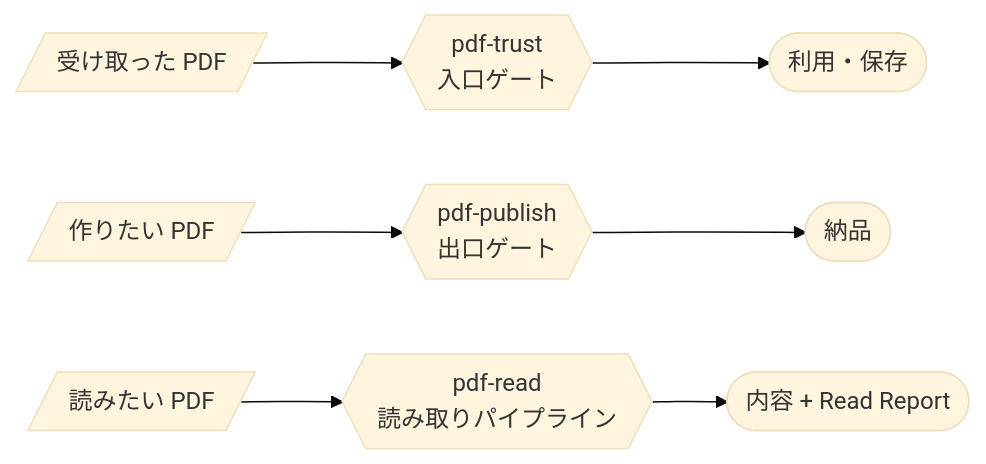
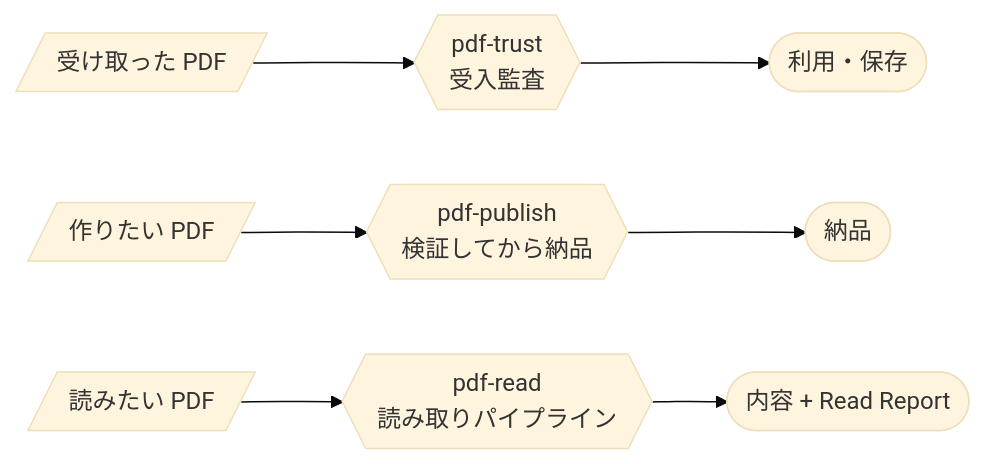
One commit to shuji-bonji/pdf-agent-stack changed the diagram in site/docs/ja/skills/index.md. Above: the diagram before and after it, drawn with Mermaid (base theme). The commit also changed other lines of this file and 19 other files, not shown here.

````diff
--- a/site/docs/ja/skills/index.md
+++ b/site/docs/ja/skills/index.md
@@ -9,6 +9,6 @@
 ```mermaid
 graph LR
-  IN[/"受け取った PDF"/] --> TRUST{{"pdf-trust<br>入口ゲート"}} --> USE(["利用・保存"])
-  MAKE[/"作りたい PDF"/] --> PUBLISH{{"pdf-publish<br>出口ゲート"}} --> OUT(["納品"])
+  IN[/"受け取った PDF"/] --> TRUST{{"pdf-trust<br>受入監査"}} --> USE(["利用・保存"])
+  MAKE[/"作りたい PDF"/] --> PUBLISH{{"pdf-publish<br>検証してから納品"}} --> OUT(["納品"])
   DOC[/"読みたい PDF"/] --> READ{{"pdf-read<br>読み取りパイプライン"}} --> ANS(["内容 + Read Report"])
 ```
````
